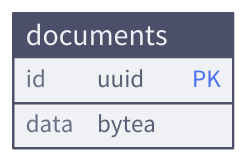
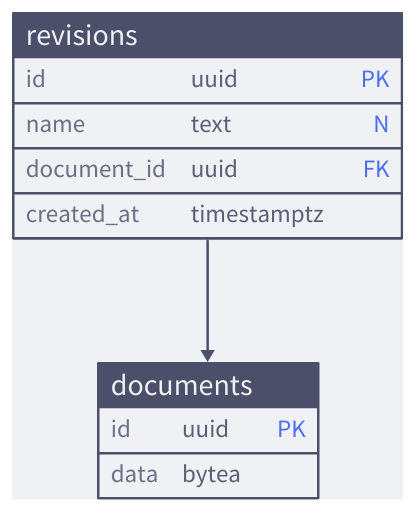
One commit to notopia-uit/notopia changed the second of 2 diagrams in docs/src/references/database.md. Above: the diagram before and after it, drawn with D2.

Commit message:
fix(docs): database document own the revision

````diff
--- a/docs/src/references/database.md
+++ b/docs/src/references/database.md
@@ -117,31 +102,42 @@
 ```d2
 vars: {
   d2-config: {
     layout-engine: elk
     theme-overrides: {
       N1: "#4c4f69"
       N2: "#5c5f77"
       N4: "#acb0be"
       N5: "#ccd0da"
       N7: "#eff1f5"
       B1: "#4c4f69"
       B2: "#6c6f85"
       B3: "#bcc0cc"
       B4: "#ccd0da"
       B5: "#dce0e8"
       B6: "#eff1f5"
       AA4: "#1e66f5"
       AA5: "#7287fd"
       AB4: "#8839ef"
       AB5: "#dc8a78"
     }
   }
 }
 
 documents: {
   id: uuid {constraint: PK}
   data: bytea
 
   shape: sql_table
 }
+
+revisions: {
+  id: uuid {constraint: PK}
+  name: text {constraint: N}
+  document_id: uuid {constraint: FK}
+  created_at: timestamptz
+
+  shape: sql_table
+}
+
+revisions.document_id -> documents.id
 ```
````
